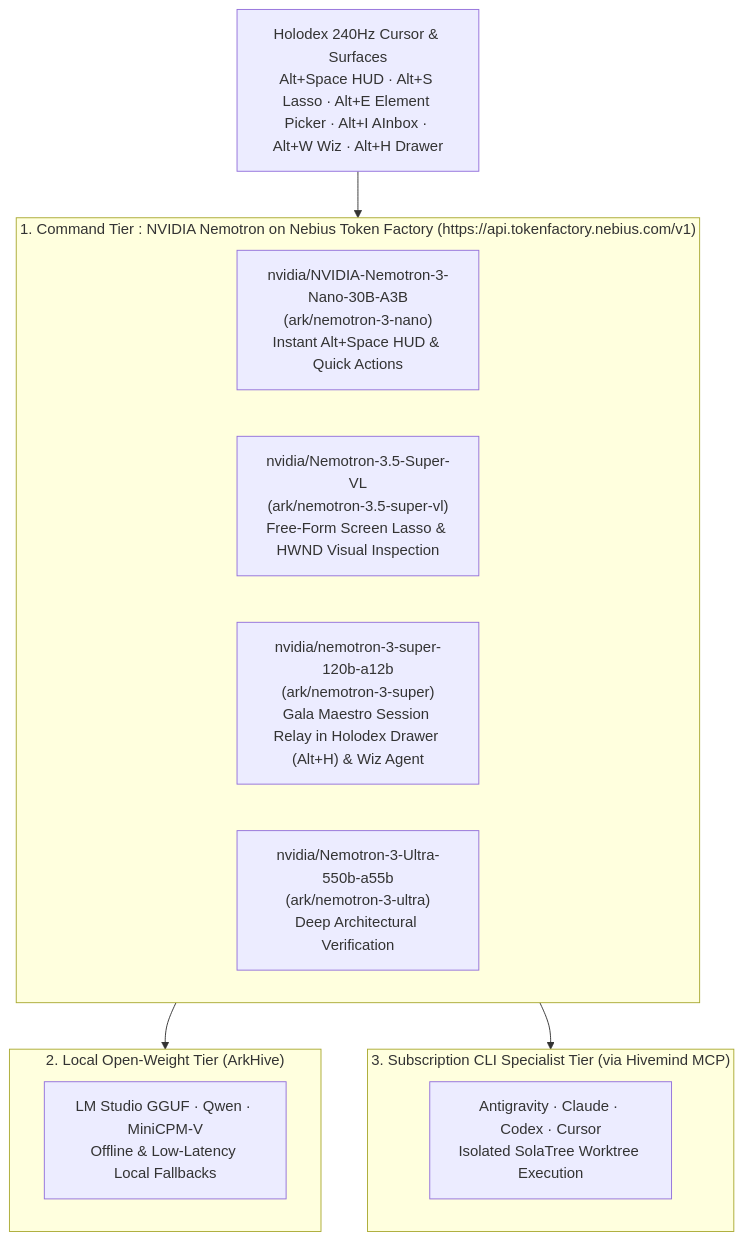
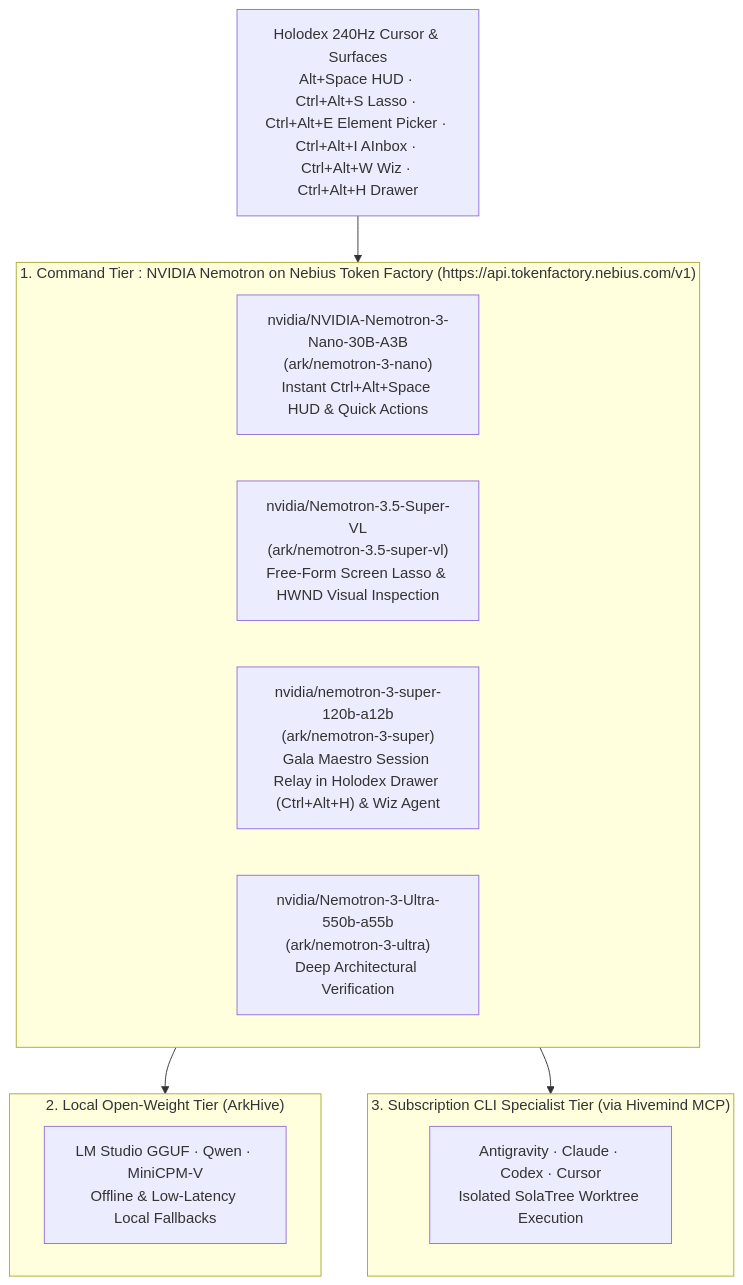
The diagram in README.md (GalaAI/holodex), drawn with Mermaid before and after one commit. The commit also changed other lines of this file and 13 other files, not shown here.

````diff
--- a/README.md
+++ b/README.md
@@ -50,23 +50,23 @@
 ```mermaid
 flowchart TD
-    Cursor["Holodex 240Hz Cursor & Surfaces\nAlt+Space HUD · Alt+S Lasso · Alt+E Element Picker · Alt+I AInbox · Alt+W Wiz · Alt+H Drawer"]
+    Cursor["Holodex 240Hz Cursor & Surfaces\nAlt+Space HUD · Ctrl+Alt+S Lasso · Ctrl+Alt+E Element Picker · Ctrl+Alt+I AInbox · Ctrl+Alt+W Wiz · Ctrl+Alt+H Drawer"]
 
     subgraph Tier1["1. Command Tier : NVIDIA Nemotron on Nebius Token Factory (https://api.tokenfactory.nebius.com/v1)"]
-        Nano["nvidia/NVIDIA-Nemotron-3-Nano-30B-A3B\n(ark/nemotron-3-nano)\nInstant Alt+Space HUD & Quick Actions"]
+        Nano["nvidia/NVIDIA-Nemotron-3-Nano-30B-A3B\n(ark/nemotron-3-nano)\nInstant Ctrl+Alt+Space HUD & Quick Actions"]
         SuperVL["nvidia/Nemotron-3.5-Super-VL\n(ark/nemotron-3.5-super-vl)\nFree-Form Screen Lasso & HWND Visual Inspection"]
-        Super120B["nvidia/nemotron-3-super-120b-a12b\n(ark/nemotron-3-super)\nGala Maestro Session Relay in Holodex Drawer (Alt+H) & Wiz Agent"]
+        Super120B["nvidia/nemotron-3-super-120b-a12b\n(ark/nemotron-3-super)\nGala Maestro Session Relay in Holodex Drawer (Ctrl+Alt+H) & Wiz Agent"]
         Ultra550B["nvidia/Nemotron-3-Ultra-550b-a55b\n(ark/nemotron-3-ultra)\nDeep Architectural Verification"]
     end
 
     subgraph Tier2["2. Local Open-Weight Tier (ArkHive)"]
         LocalModels["LM Studio GGUF · Qwen · MiniCPM-V\nOffline & Low-Latency Local Fallbacks"]
     end
 
     subgraph Tier3["3. Subscription CLI Specialist Tier (via Hivemind MCP)"]
         CliModels["Antigravity · Claude · Codex · Cursor\nIsolated SolaTree Worktree Execution"]
     end
 
     Cursor --> Tier1
     Tier1 --> Tier2
     Tier1 --> Tier3
 ```
````
